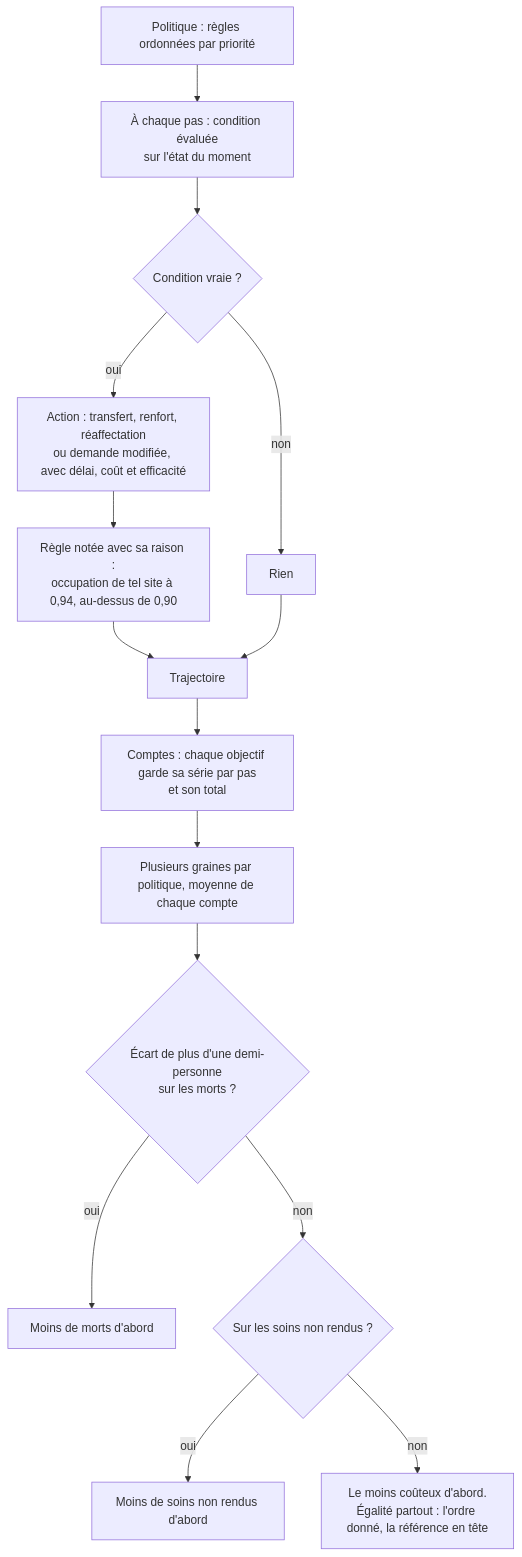
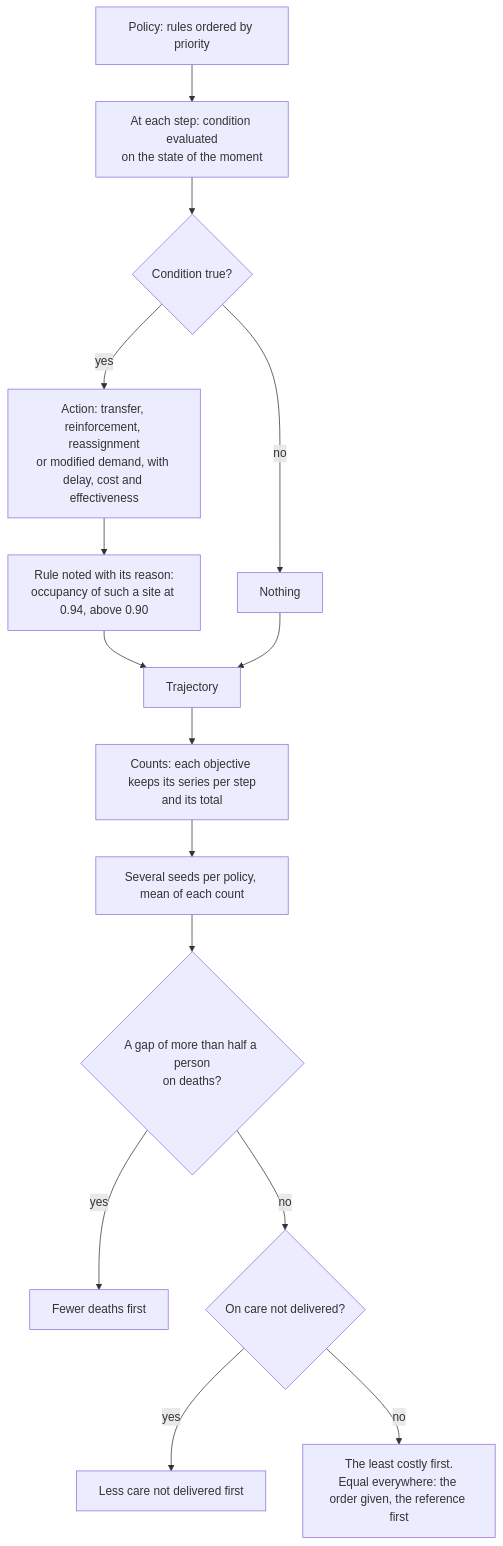
Diagram 15 of 30 in frontend/content/docs/product/algorithms.md (V1ktor7/obscyro), drawn with Mermaid before and after one commit. The commit also changed other lines of this file and 15 other files, not shown here.

First line of the commit message:
feat(site): les pages produit du site passent en anglais

````diff
--- a/frontend/content/docs/product/algorithms.md
+++ b/frontend/content/docs/product/algorithms.md
@@ -546,17 +547,17 @@
 ```mermaid
 flowchart TD
-    A["Politique : règles ordonnées par priorité"] --> B["À chaque pas : condition évaluée<br/>sur l'état du moment"]
-    B --> C{"Condition vraie ?"}
-    C -->|"oui"| D["Action : transfert, renfort, réaffectation<br/>ou demande modifiée, avec délai, coût et efficacité"]
-    C -->|"non"| E["Rien"]
-    D --> F["Règle notée avec sa raison :<br/>occupation de tel site à 0,94, au-dessus de 0,90"]
-    F --> G["Trajectoire"]
+    A["Policy: rules ordered by priority"] --> B["At each step: condition evaluated<br/>on the state of the moment"]
+    B --> C{"Condition true?"}
+    C -->|"yes"| D["Action: transfer, reinforcement, reassignment<br/>or modified demand, with delay, cost and effectiveness"]
+    C -->|"no"| E["Nothing"]
+    D --> F["Rule noted with its reason:<br/>occupancy of such a site at 0.94, above 0.90"]
+    F --> G["Trajectory"]
     E --> G
-    G --> H["Comptes : chaque objectif garde sa série par pas<br/>et son total"]
-    H --> I["Plusieurs graines par politique, moyenne de chaque compte"]
-    I --> J{"Écart de plus d'une demi-personne<br/>sur les morts ?"}
-    J -->|"oui"| K["Moins de morts d'abord"]
-    J -->|"non"| L{"Sur les soins non rendus ?"}
-    L -->|"oui"| M["Moins de soins non rendus d'abord"]
-    L -->|"non"| N["Le moins coûteux d'abord.<br/>Égalité partout : l'ordre donné, la référence en tête"]
+    G --> H["Counts: each objective keeps its series per step<br/>and its total"]
+    H --> I["Several seeds per policy, mean of each count"]
+    I --> J{"A gap of more than half a person<br/>on deaths?"}
+    J -->|"yes"| K["Fewer deaths first"]
+    J -->|"no"| L{"On care not delivered?"}
+    L -->|"yes"| M["Less care not delivered first"]
+    L -->|"no"| N["The least costly first.<br/>Equal everywhere: the order given, the reference first"]
 ```
````
